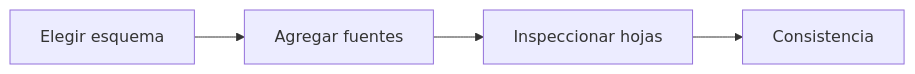
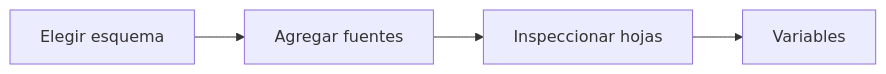
One commit to GonzaloAlmendariz/prosecnur-app changed the diagram in Obsidian_Prosecnur/Prosecnur/Módulos/05 Calculador de muestras/Modos/01 Muestra de cursos-horario/Secciones/01 Datos/Pestañas/02 Fuentes para la muestra universitaria/Fuentes para la muestra universitaria.md. Above: the diagram before and after it, drawn with Mermaid. The commit also changed other lines of this file and 16 other files, not shown here.

````diff
--- a/Obsidian_Prosecnur/Prosecnur/Módulos/05 Calculador de muestras/Modos/01 Muestra de cursos-horario/Secciones/01 Datos/Pestañas/02 Fuentes para la muestra universitaria/Fuentes para la muestra universitaria.md
+++ b/Obsidian_Prosecnur/Prosecnur/Módulos/05 Calculador de muestras/Modos/01 Muestra de cursos-horario/Secciones/01 Datos/Pestañas/02 Fuentes para la muestra universitaria/Fuentes para la muestra universitaria.md
@@ -22,6 +22,6 @@
 ```mermaid
 flowchart LR
     A[Elegir esquema] --> B[Agregar fuentes]
     B --> C[Inspeccionar hojas]
-    C --> D[Consistencia]
+    C --> D[Variables]
 ```
````
